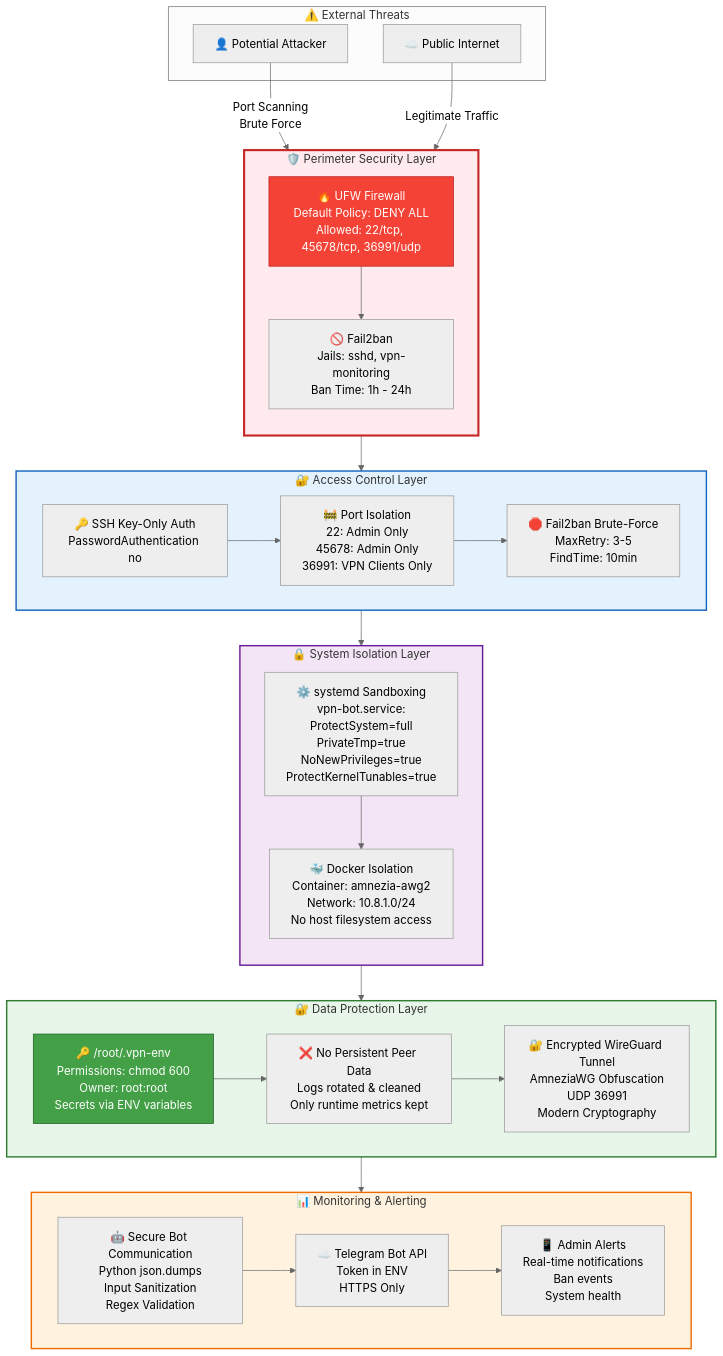
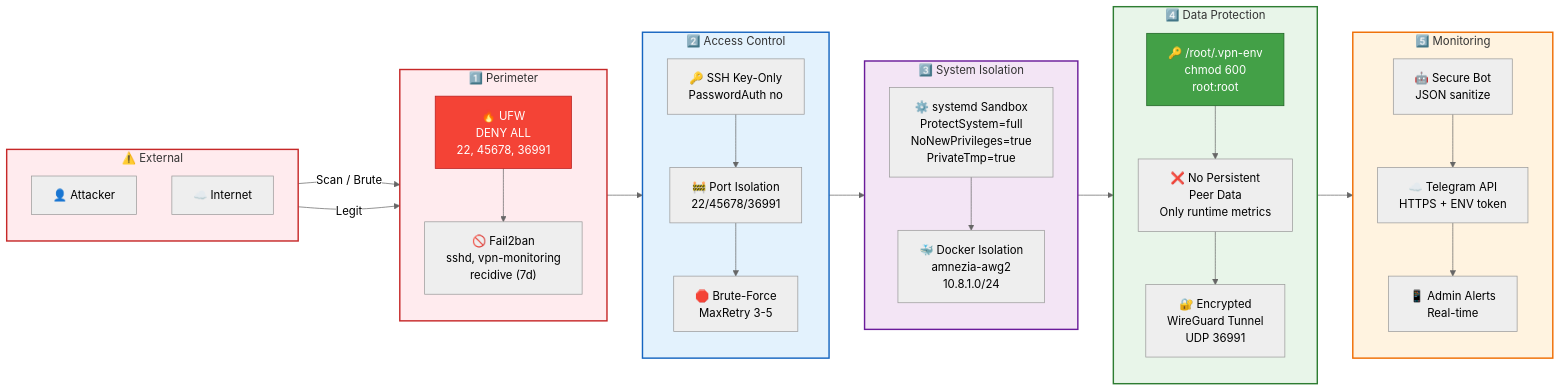
One commit to baltazor70/vpn-amnezia-infrastructure changed the third of 4 diagrams in README.md. Above: the diagram before and after it, drawn with Mermaid (neutral theme). The commit also changed other lines of this file and 1 other file, not shown here.

Commit message:
docs(readme): recidive-jail + unattended-upgrades, схема Defense in Depth сжата в змейку

````diff
--- a/README.md
+++ b/README.md
@@ -228,62 +230,65 @@
 ```mermaid
-flowchart TB
-    subgraph External["⚠️ External Threats"]
-        Attacker["👤 Potential Attacker"]
-        Internet["☁️ Public Internet"]
+flowchart LR
+    subgraph External["⚠️ External"]
+        direction TB
+        Attacker["👤 Attacker"]
+        Internet["☁️ Internet"]
     end
 
-    subgraph Perimeter["🛡️ Perimeter Security Layer"]
+    subgraph L1["1️⃣ Perimeter"]
         direction TB
-        UFW["🔥 UFW Firewall<br/>Default Policy: DENY ALL<br/>Allowed: 22/tcp, 45678/tcp, 36991/udp"]
-        Fail2ban["🚫 Fail2ban<br/>Jails: sshd, vpn-monitoring<br/>Ban Time: 1h - 24h"]
-        
-        UFW --> Fail2ban
+        UFW["🔥 UFW<br/>DENY ALL<br/>22, 45678, 36991"]
+        Fail2ban["🚫 Fail2ban<br/>sshd, vpn-monitoring<br/>recidive (7d)"]
     end
 
-    subgraph AccessControl["🔐 Access Control Layer"]
-        SSHKey["🔑 SSH Key-Only Auth<br/>PasswordAuthentication no"]
-        PortIsolation["🚧 Port Isolation<br/>22: Admin Only<br/>45678: Admin Only<br/>36991: VPN Clients Only"]
-        Fail2banBf["🛑 Fail2ban Brute-Force<br/>MaxRetry: 3-5<br/>FindTime: 10min"]
-        
-        SSHKey --> PortIsolation --> Fail2banBf
+    subgraph L2["2️⃣ Access Control"]
+        direction TB
+        SSHKey["🔑 SSH Key-Only<br/>PasswordAuth no"]
+        PortIso["🚧 Port Isolation<br/>22/45678/36991"]
+        F2BBrute["🛑 Brute-Force<br/>MaxRetry 3-5"]
     end
 
-    subgraph SystemIsolation["🔒 System Isolation Layer"]
+    subgraph L3["3️⃣ System Isolation"]
         direction TB
-        SystemdSandbox["⚙️ systemd Sandboxing<br/>vpn-bot.service:<br/>ProtectSystem=full<br/>PrivateTmp=true<br/>NoNewPrivileges=true<br/>ProtectKernelTunables=true"]
-        DockerIsolation["🐳 Docker Isolation<br/>Container: amnezia-awg2<br/>Network: 10.8.1.0/24<br/>No host filesystem access"]
-        
-        SystemdSandbox --> DockerIsolation
+        SysdSandbox["⚙️ systemd Sandbox<br/>ProtectSystem=full<br/>NoNewPrivileges=true<br/>PrivateTmp=true"]
+        DockIso["🐳 Docker Isolation<br/>amnezia-awg2<br/>10.8.1.0/24"]
     end
 
-    subgraph DataProtection["🔐 Data Protection Layer"]
-        EnvSecrets["🔑 /root/.vpn-env<br/>Permissions: chmod 600<br/>Owner: root:root<br/>Secrets via ENV variables"]
-        NoPII["❌ No Persistent Peer Data<br/>Logs rotated & cleaned<br/>Only runtime metrics kept"]
-        EncryptedTunnel["🔐 Encrypted WireGuard Tunnel<br/>AmneziaWG Obfuscation<br/>UDP 36991<br/>Modern Cryptography"]
-        
-        EnvSecrets --> NoPII --> EncryptedTunnel
+    subgraph L4["4️⃣ Data Protection"]
+        direction TB
+        Secrets["🔑 /root/.vpn-env<br/>chmod 600<br/>root:root"]
+        NoPeer["❌ No Persistent<br/>Peer Data<br/>Only runtime metrics"]
+        Tunnel["🔐 Encrypted<br/>WireGuard Tunnel<br/>UDP 36991"]
     end
 
-    subgraph Monitoring["📊 Monitoring & Alerting"]
-        BotSecure["🤖 Secure Bot Communication<br/>Python json.dumps<br/>Input Sanitization<br/>Regex Validation"]
-        TGBotAPI["☁️ Telegram Bot API<br/>Token in ENV<br/>HTTPS Only"]
-        AdminAlerts["📱 Admin Alerts<br/>Real-time notifications<br/>Ban events<br/>System health"]
-        
-        BotSecure --> TGBotAPI --> AdminAlerts
+    subgraph L5["5️⃣ Monitoring"]
+        direction TB
+        BotSec["🤖 Secure Bot<br/>JSON sanitize"]
+        TGAPI["☁️ Telegram API<br/>HTTPS + ENV token"]
+        Alerts["📱 Admin Alerts<br/>Real-time"]
     end
 
-    Attacker -->|"Port Scanning<br/>Brute Force"| UFW
-    Internet -->|"Legitimate Traffic"| UFW
-    UFW --> AccessControl
-    AccessControl --> SystemIsolation
-    SystemIsolation --> DataProtection
-    DataProtection --> Monitoring
-    
-    style Perimeter fill:#ffebee,stroke:#c62828,stroke-width:3px
-    style AccessControl fill:#e3f2fd,stroke:#1565c0,stroke-width:2px
-    style SystemIsolation fill:#f3e5f5,stroke:#6a1b9a,stroke-width:2px
-    style DataProtection fill:#e8f5e9,stroke:#2e7d32,stroke-width:2px
-    style Monitoring fill:#fff3e0,stroke:#ef6c00,stroke-width:2px
+    Attacker -->|"Scan / Brute"| UFW
+    Internet -->|"Legit"| UFW
+    UFW --> Fail2ban
+    Fail2ban --> SSHKey
+    SSHKey --> PortIso
+    PortIso --> F2BBrute
+    F2BBrute --> SysdSandbox
+    SysdSandbox --> DockIso
+    DockIso --> Secrets
+    Secrets --> NoPeer
+    NoPeer --> Tunnel
+    Tunnel --> BotSec
+    BotSec --> TGAPI
+    TGAPI --> Alerts
+
+    style External fill:#ffebee,stroke:#c62828,stroke-width:2px
+    style L1 fill:#ffebee,stroke:#c62828,stroke-width:2px
+    style L2 fill:#e3f2fd,stroke:#1565c0,stroke-width:2px
+    style L3 fill:#f3e5f5,stroke:#6a1b9a,stroke-width:2px
+    style L4 fill:#e8f5e9,stroke:#2e7d32,stroke-width:2px
+    style L5 fill:#fff3e0,stroke:#ef6c00,stroke-width:2px
     style UFW fill:#f44336,stroke:#b71c1c,color:#fff
-    style EnvSecrets fill:#43a047,stroke:#1b5e20,color:#fff
+    style Secrets fill:#43a047,stroke:#1b5e20,color:#fff
 ```
````
